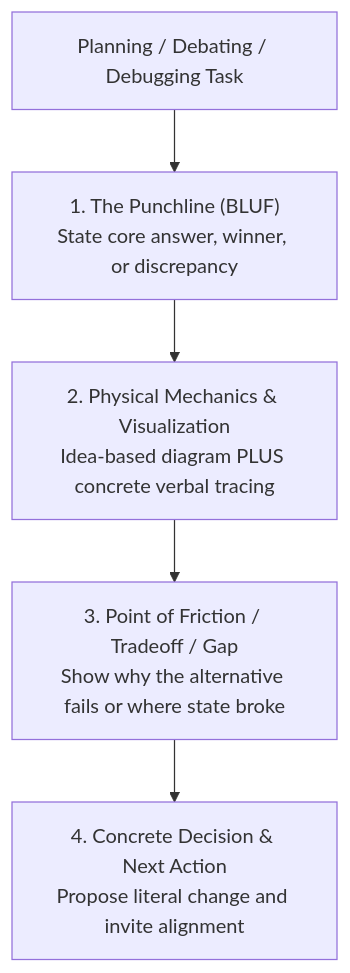
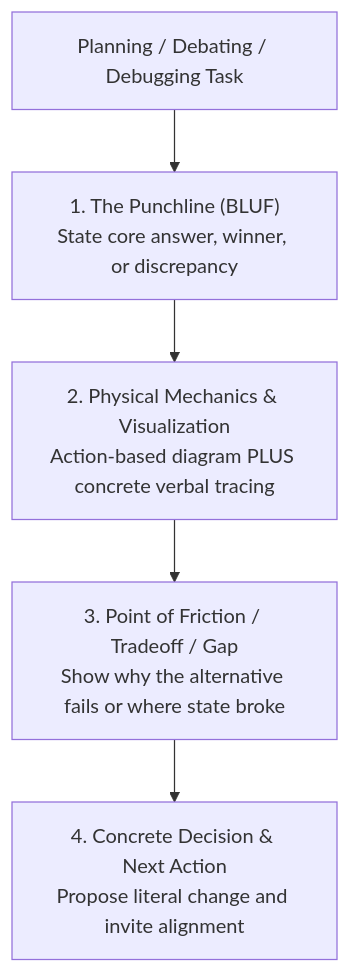
Before and after one commit to loerei/myskills: the diagram in productivity/your-co-engineer-for-this-jet-engine-is-an-infant/SKILL.md, drawn with Mermaid. The commit also changed other lines of this file and 1 other file, not shown here.

Commit message:
fix(skills): strip anthropomorphic metaphors and enforce pure physical action mechanics

````diff
--- a/productivity/your-co-engineer-for-this-jet-engine-is-an-infant/SKILL.md
+++ b/productivity/your-co-engineer-for-this-jet-engine-is-an-infant/SKILL.md
@@ -18,7 +18,7 @@
 ```mermaid
 flowchart TD
     Start["Planning / Debating / Debugging Task"] --> Step1["1. The Punchline (BLUF)<br/>State core answer, winner, or discrepancy"]
-    Step1 --> Step2["2. Physical Mechanics & Visualization<br/>Idea-based diagram PLUS concrete verbal tracing"]
+    Step1 --> Step2["2. Physical Mechanics & Visualization<br/>Action-based diagram PLUS concrete verbal tracing"]
     Step2 --> Step3["3. Point of Friction / Tradeoff / Gap<br/>Show why the alternative fails or where state broke"]
     Step3 --> Step4["4. Concrete Decision & Next Action<br/>Propose literal change and invite alignment"]
 ```
````
